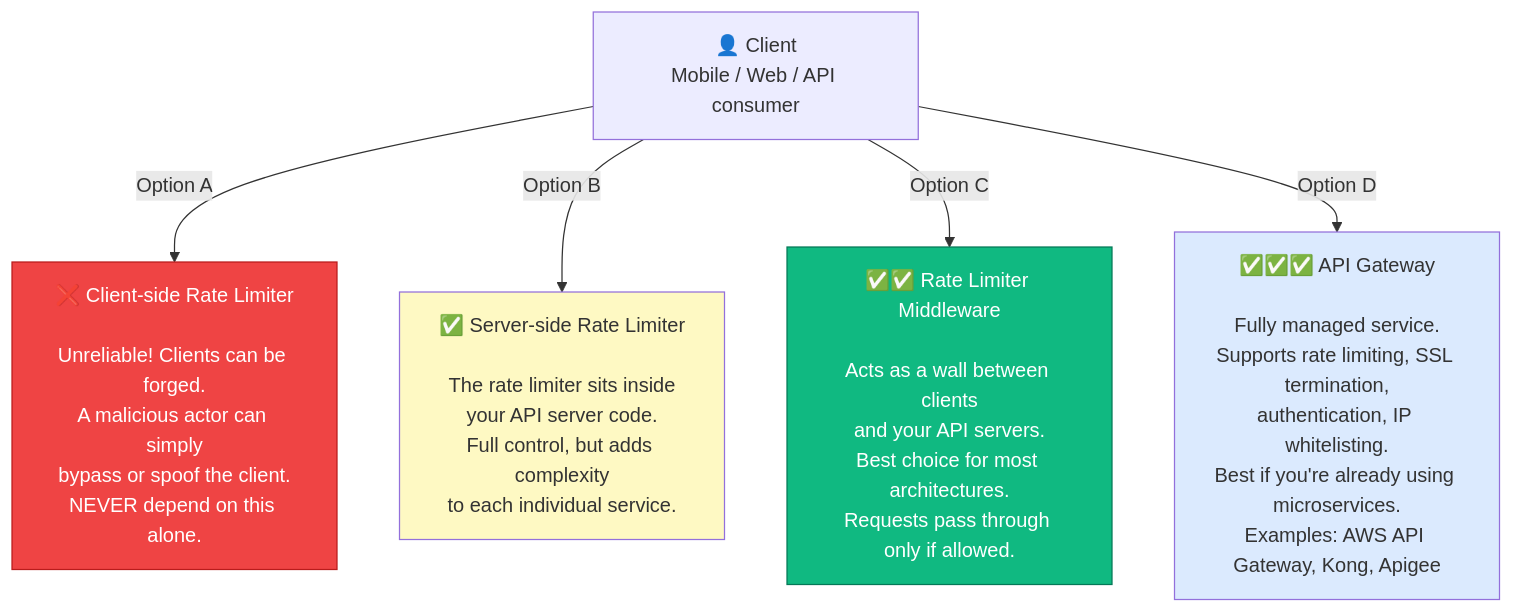
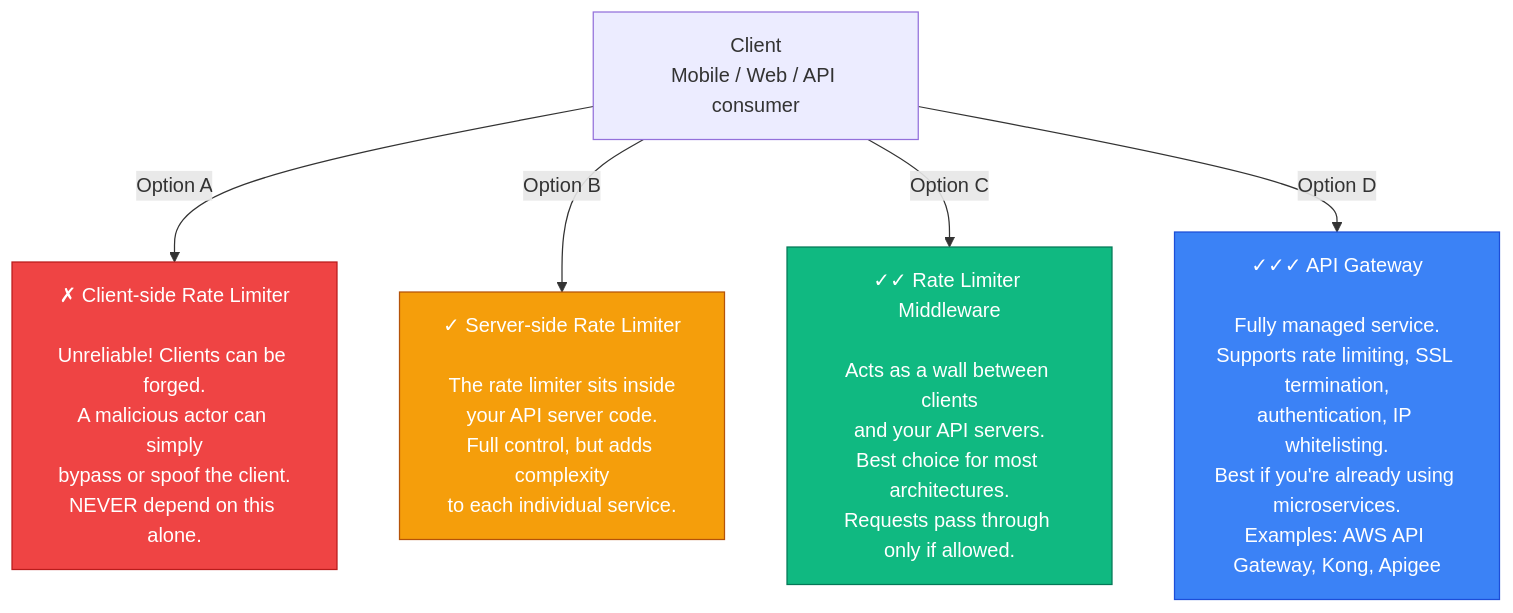
Before and after one commit to devops-monk/system-design-blog: the third of 26 diagrams in content/posts/2026/design-a-rate-limiter.md, drawn with Mermaid. The commit also changed other lines of this file and 5 other files, not shown here.

````diff
--- a/content/posts/2026/design-a-rate-limiter.md
+++ b/content/posts/2026/design-a-rate-limiter.md
@@ -108,17 +108,17 @@
 ```mermaid
 flowchart TD
-    USER["👤 Client\nMobile / Web / API consumer"]
+    USER["Client\nMobile / Web / API consumer"]
 
-    USER -->|Option A| CLIENT_RL["❌ Client-side Rate Limiter\n\nUnreliable! Clients can be forged.\nA malicious actor can simply\nbypass or spoof the client.\nNEVER depend on this alone."]
+    USER -->|Option A| CLIENT_RL["✗ Client-side Rate Limiter\n\nUnreliable! Clients can be forged.\nA malicious actor can simply\nbypass or spoof the client.\nNEVER depend on this alone."]
 
-    USER -->|Option B| SERVER_RL["✅ Server-side Rate Limiter\n\nThe rate limiter sits inside\nyour API server code.\nFull control, but adds complexity\nto each individual service."]
+    USER -->|Option B| SERVER_RL["✓ Server-side Rate Limiter\n\nThe rate limiter sits inside\nyour API server code.\nFull control, but adds complexity\nto each individual service."]
 
-    USER -->|Option C| MIDDLEWARE["✅✅ Rate Limiter Middleware\n\nActs as a wall between clients\nand your API servers.\nBest choice for most architectures.\nRequests pass through only if allowed."]
+    USER -->|Option C| MIDDLEWARE["✓✓ Rate Limiter Middleware\n\nActs as a wall between clients\nand your API servers.\nBest choice for most architectures.\nRequests pass through only if allowed."]
 
-    USER -->|Option D| GATEWAY["✅✅✅ API Gateway\n\nFully managed service.\nSupports rate limiting, SSL termination,\nauthentication, IP whitelisting.\nBest if you're already using microservices.\nExamples: AWS API Gateway, Kong, Apigee"]
+    USER -->|Option D| GATEWAY["✓✓✓ API Gateway\n\nFully managed service.\nSupports rate limiting, SSL termination,\nauthentication, IP whitelisting.\nBest if you're already using microservices.\nExamples: AWS API Gateway, Kong, Apigee"]
 
     style CLIENT_RL fill:#EF4444,stroke:#B91C1C,color:#fff
-    style SERVER_RL fill:#fef9c3
+    style SERVER_RL fill:#F59E0B,stroke:#B45309,color:#fff
     style MIDDLEWARE fill:#10B981,stroke:#047857,color:#fff
-    style GATEWAY fill:#dbeafe
+    style GATEWAY fill:#3B82F6,stroke:#1D4ED8,color:#fff
 ```
````
